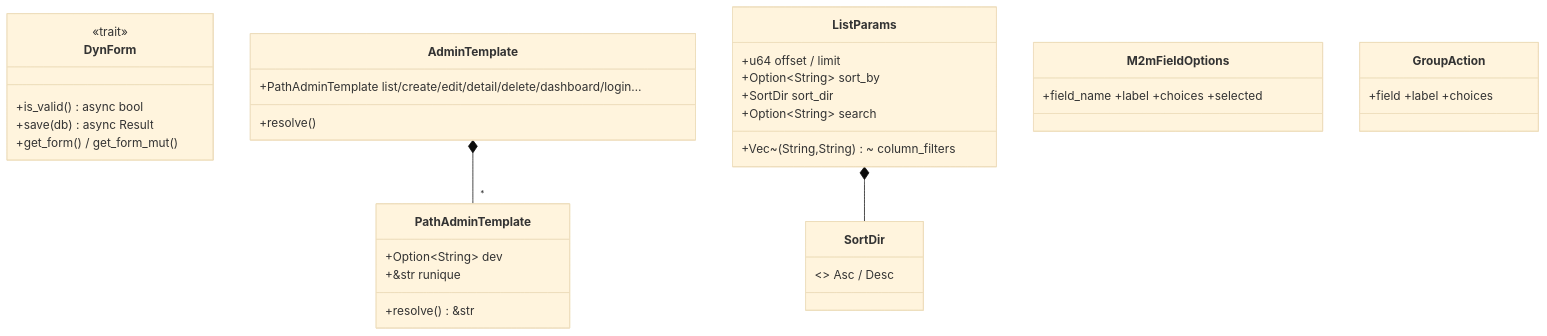
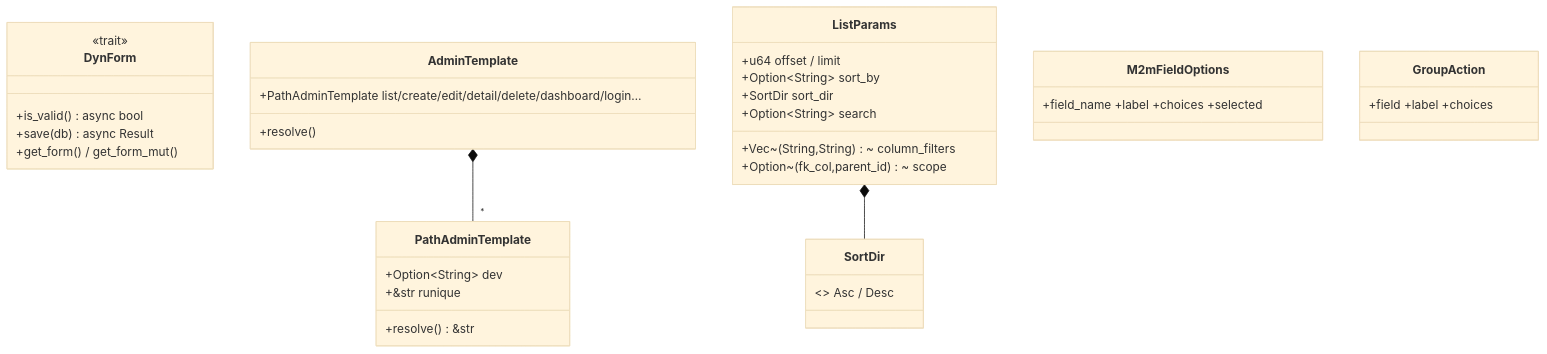
Before and after one commit to seb-alliot/runique: the first of 4 diagrams in diagramme/uml/admin/admin-complements.md, drawn with Mermaid (base theme). The commit also changed other lines of this file and 2 other files, not shown here.

````diff
--- a/diagramme/uml/admin/admin-complements.md
+++ b/diagramme/uml/admin/admin-complements.md
@@ -9,30 +9,31 @@
 ```mermaid
 classDiagram
     class DynForm {
         <<trait>>
         +is_valid() async bool
         +save(db) async Result
         +get_form() / get_form_mut()
     }
     class AdminTemplate {
         +PathAdminTemplate list/create/edit/detail/delete/dashboard/login…
         +resolve()
     }
     class PathAdminTemplate {
         +Option~String~ dev
         +&str runique
         +resolve() &str
     }
     class ListParams {
         +u64 offset / limit
         +Option~String~ sort_by
         +SortDir sort_dir
         +Option~String~ search
         +Vec~(String,String)~ column_filters
+        +Option~(fk_col,parent_id)~ scope
     }
     class SortDir { <<enum>> Asc / Desc }
     class M2mFieldOptions { +field_name +label +choices +selected }
     class GroupAction { +field +label +choices }
     AdminTemplate *-- "*" PathAdminTemplate
     ListParams *-- SortDir
 ```
````
